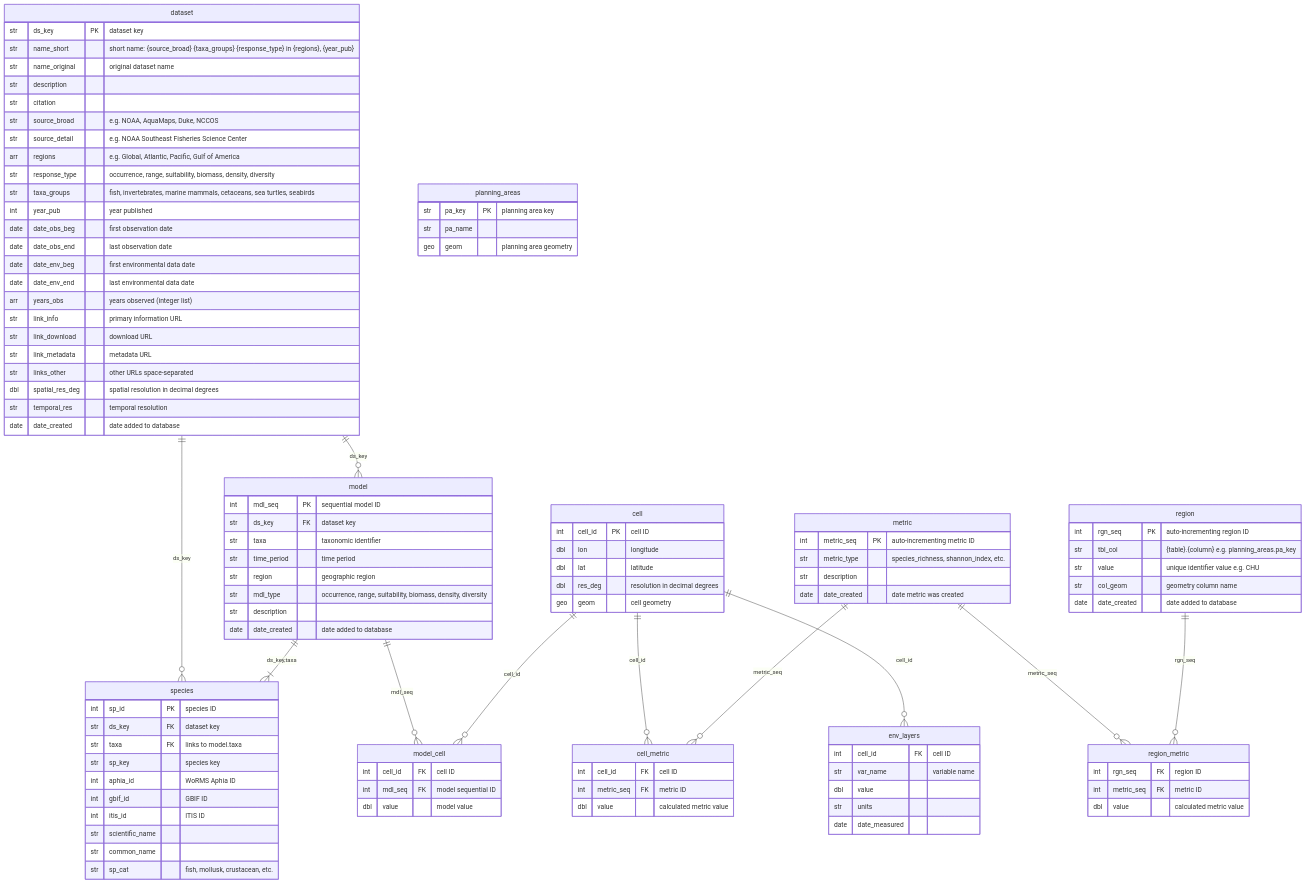
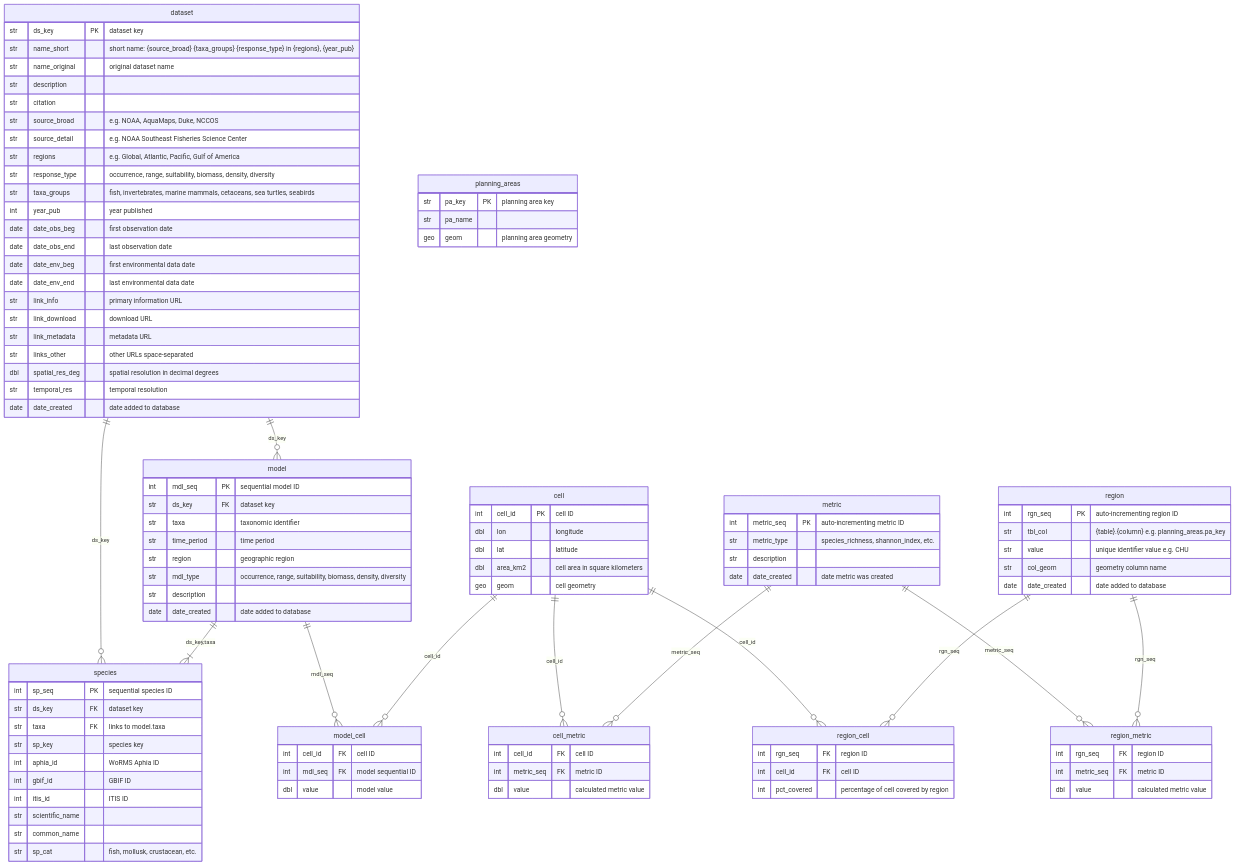
The diagram in ingest_aquamaps_to_sdm_duckdb.qmd (MarineSensitivity/workflows), drawn with Mermaid before and after one commit. The commit also changed other lines of this file and 4 other files, not shown here.

````diff
--- a/ingest_aquamaps_to_sdm_duckdb.qmd
+++ b/ingest_aquamaps_to_sdm_duckdb.qmd
@@ -70,7 +74,7 @@
   str citation
   str source_broad        "e.g. NOAA, AquaMaps, Duke, NCCOS"
   str source_detail       "e.g. NOAA Southeast Fisheries Science Center"
-  arr regions             "e.g. Global, Atlantic, Pacific, Gulf of America"
+  str regions             "e.g. Global, Atlantic, Pacific, Gulf of America"
   str response_type       "occurrence, range, suitability, biomass, density, diversity"
   str taxa_groups         "fish, invertebrates, marine mammals, cetaceans, sea turtles, seabirds"
   int year_pub            "year published"
@@ -78,7 +82,6 @@
   date date_obs_end       "last observation date"
   date date_env_beg       "first environmental data date"
   date date_env_end       "last environmental data date"
-  arr years_obs           "years observed (integer list)"
   str link_info           "primary information URL"
   str link_download       "download URL"
   str link_metadata       "metadata URL"
@@ -100,7 +103,7 @@
 }
 
 species {
-  int sp_id           PK  "species ID"
+  int sp_seq          PK  "sequential species ID"
   str ds_key          FK  "dataset key"
   str taxa            FK  "links to model.taxa"
   str sp_key              "species key"
@@ -116,7 +119,7 @@
   int cell_id         PK  "cell ID"
   dbl lon                 "longitude"
   dbl lat                 "latitude"
-  dbl res_deg             "resolution in decimal degrees"
+  dbl area_km2            "cell area in square kilometers"
   geo geom                "cell geometry"
 }
 
@@ -153,12 +156,10 @@
   dbl value               "calculated metric value"
 }
 
-env_layers {
+region_cell {
+  int rgn_seq         FK  "region ID"
   int cell_id         FK  "cell ID"
-  str var_name            "variable name"
-  dbl value
-  str units
-  date date_measured
+  int pct_covered         "percentage of cell covered by region"
 }
 
 planning_areas {
@@ -174,8 +175,9 @@
 model ||--o{ model_cell : mdl_seq
 cell ||--o{ model_cell : cell_id
 cell ||--o{ cell_metric : cell_id
-cell ||--o{ env_layers : cell_id
+cell ||--o{ region_cell : cell_id
 metric ||--o{ cell_metric : metric_seq
 metric ||--o{ region_metric : metric_seq
 region ||--o{ region_metric : rgn_seq
+region ||--o{ region_cell : rgn_seq
 ```
````
